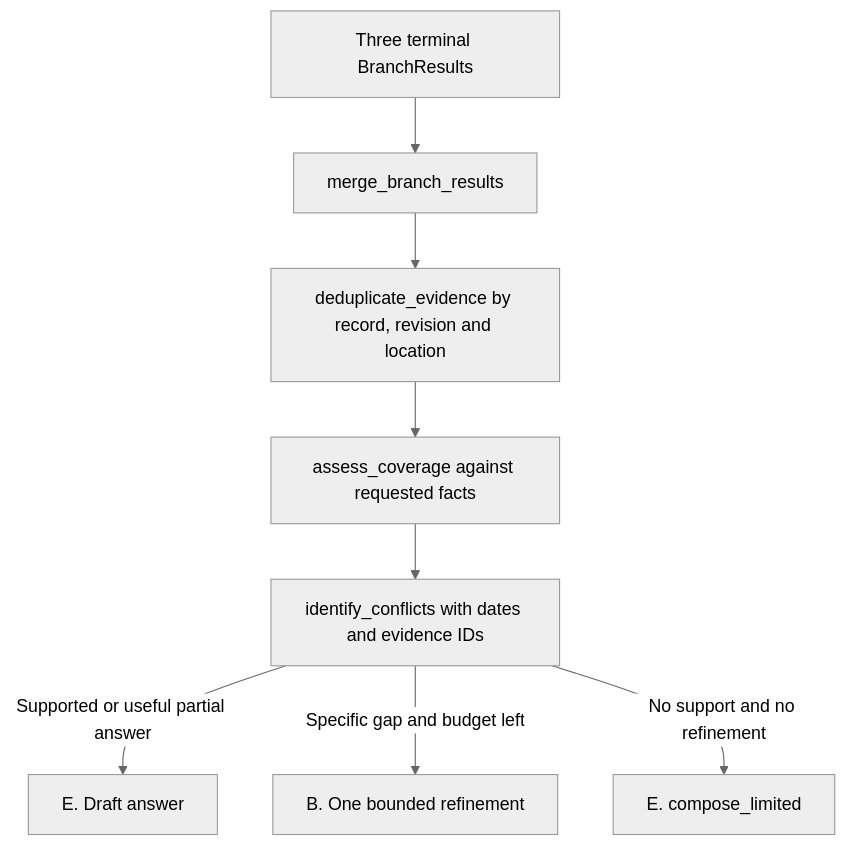
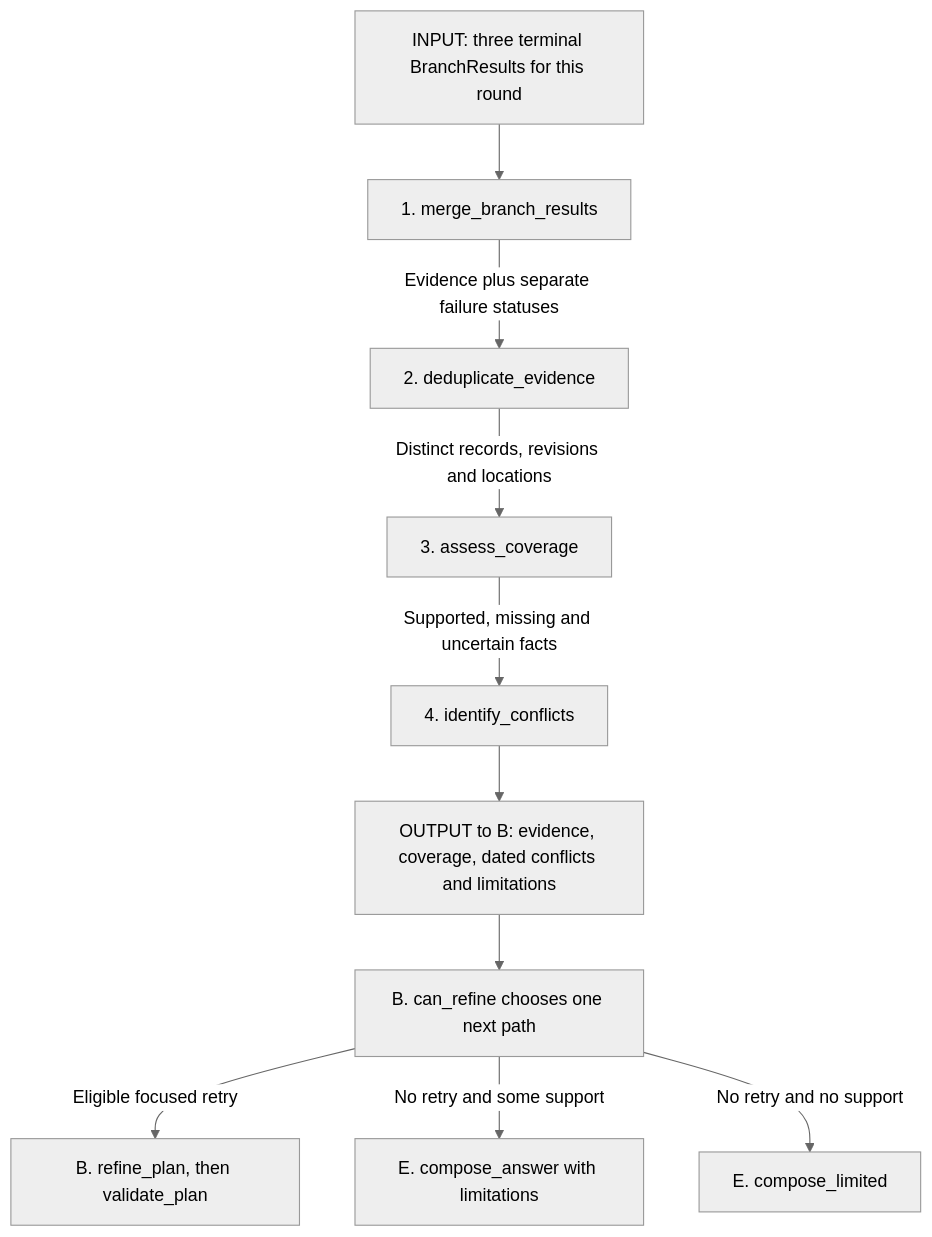
One commit to piyushmaps/interview_proj changed the seventh of 10 diagrams in docs/architecture/low-level-design.md. Above: the diagram before and after it, drawn with Mermaid (neutral theme). The commit also changed other lines of this file, not shown here.

````diff
--- a/docs/architecture/low-level-design.md
+++ b/docs/architecture/low-level-design.md
@@ -621,10 +724,12 @@
 ```mermaid
 flowchart TD
-    IN[Three terminal BranchResults] --> MERGE[merge_branch_results]
-    MERGE --> DEDUPE[deduplicate_evidence by record, revision and location]
-    DEDUPE --> COVER[assess_coverage against requested facts]
-    COVER --> CONFLICT[identify_conflicts with dates and evidence IDs]
-    CONFLICT -->|Supported or useful partial answer| E[E. Draft answer]
-    CONFLICT -->|Specific gap and budget left| B[B. One bounded refinement]
-    CONFLICT -->|No support and no refinement| LIMIT[E. compose_limited]
+    IN[INPUT: three terminal BranchResults for this round] --> MERGE[1. merge_branch_results]
+    MERGE -->|Evidence plus separate failure statuses| DEDUP[2. deduplicate_evidence]
+    DEDUP -->|Distinct records, revisions and locations| COVER[3. assess_coverage]
+    COVER -->|Supported, missing and uncertain facts| CONFLICT[4. identify_conflicts]
+    CONFLICT --> OUT[OUTPUT to B: evidence, coverage, dated conflicts and limitations]
+    OUT --> DECIDE[B. can_refine chooses one next path]
+    DECIDE -->|Eligible focused retry| REF[B. refine_plan, then validate_plan]
+    DECIDE -->|No retry and some support| E[E. compose_answer with limitations]
+    DECIDE -->|No retry and no support| L[E. compose_limited]
 ```
````
